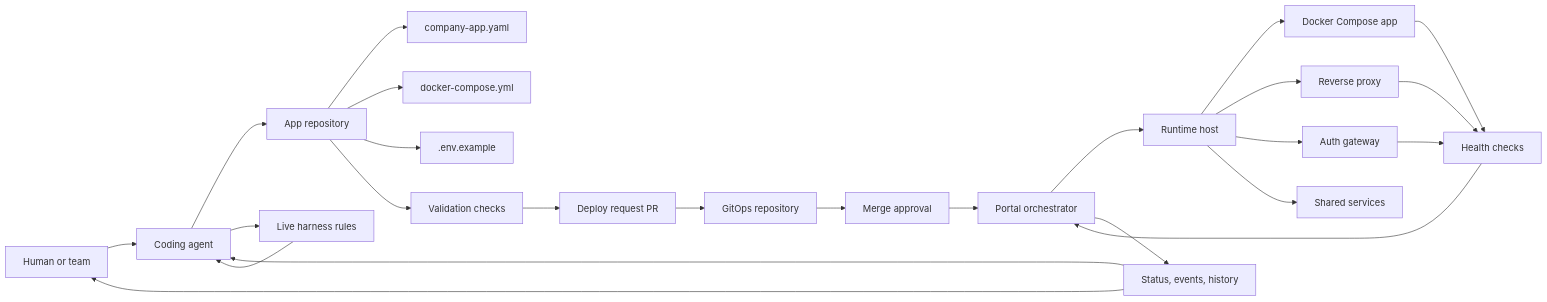
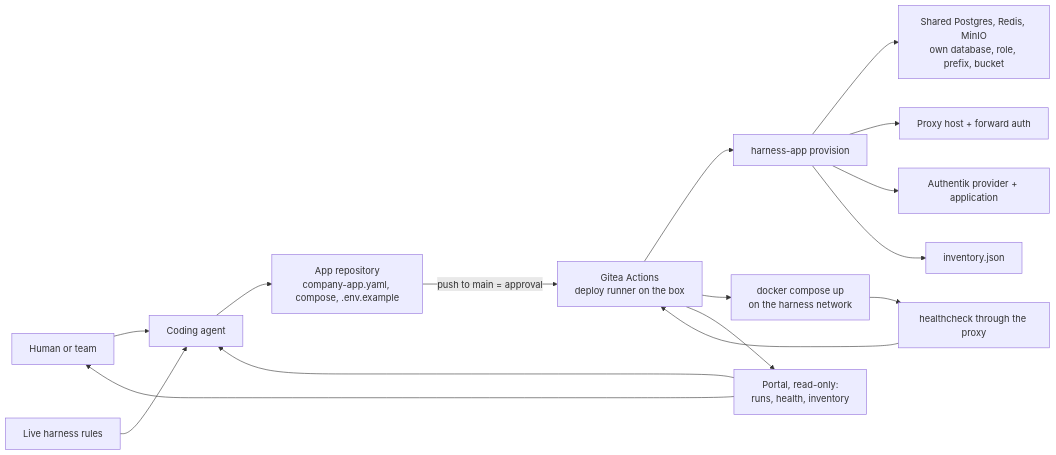
One commit to Estoca/inhousecloud changed the second of 2 diagrams in README.md. Above: the diagram before and after it, drawn with Mermaid. The commit also changed other lines of this file and 39 other files, not shown here.

````diff
--- a/README.md
+++ b/README.md
@@ -142,31 +142,20 @@
 ```mermaid
 flowchart LR
   Human[Human or team] --> Agent[Coding agent]
-  Agent --> AppRepo[App repository]
-  AppRepo --> Manifest[company-app.yaml]
-  AppRepo --> Compose[docker-compose.yml]
-  AppRepo --> EnvExample[.env.example]
+  Agent --> AppRepo[App repository<br/>company-app.yaml, compose, .env.example]
+  Rules[Live harness rules] --> Agent
 
-  Agent --> Rules[Live harness rules]
-  Rules --> Agent
+  AppRepo -->|push to main = approval| Actions[Gitea Actions<br/>deploy runner on the box]
+  Actions --> Provision[harness-app provision]
+  Provision --> Services[Shared Postgres, Redis, MinIO<br/>own database, role, prefix, bucket]
+  Provision --> Proxy[Proxy host + forward auth]
+  Provision --> Auth[Authentik provider + application]
+  Provision --> Inventory[inventory.json]
+  Actions --> Docker[docker compose up<br/>on the harness network]
+  Docker --> Health[healthcheck through the proxy]
+  Health --> Actions
 
-  AppRepo --> Checks[Validation checks]
-  Checks --> Request[Deploy request PR]
-  Request --> GitOps[GitOps repository]
-  GitOps --> Approval[Merge approval]
-
-  Approval --> Orchestrator[Portal orchestrator]
-  Orchestrator --> Runtime[Runtime host]
-  Runtime --> Docker[Docker Compose app]
-  Runtime --> Proxy[Reverse proxy]
-  Runtime --> Auth[Auth gateway]
-  Runtime --> Services[Shared services]
-
-  Docker --> Health[Health checks]
-  Proxy --> Health
-  Auth --> Health
-  Health --> Orchestrator
-  Orchestrator --> Status[Status, events, history]
-  Status --> Human
-  Status --> Agent
+  Actions --> Portal[Portal, read-only:<br/>runs, health, inventory]
+  Portal --> Human
+  Portal --> Agent
 ```
````
